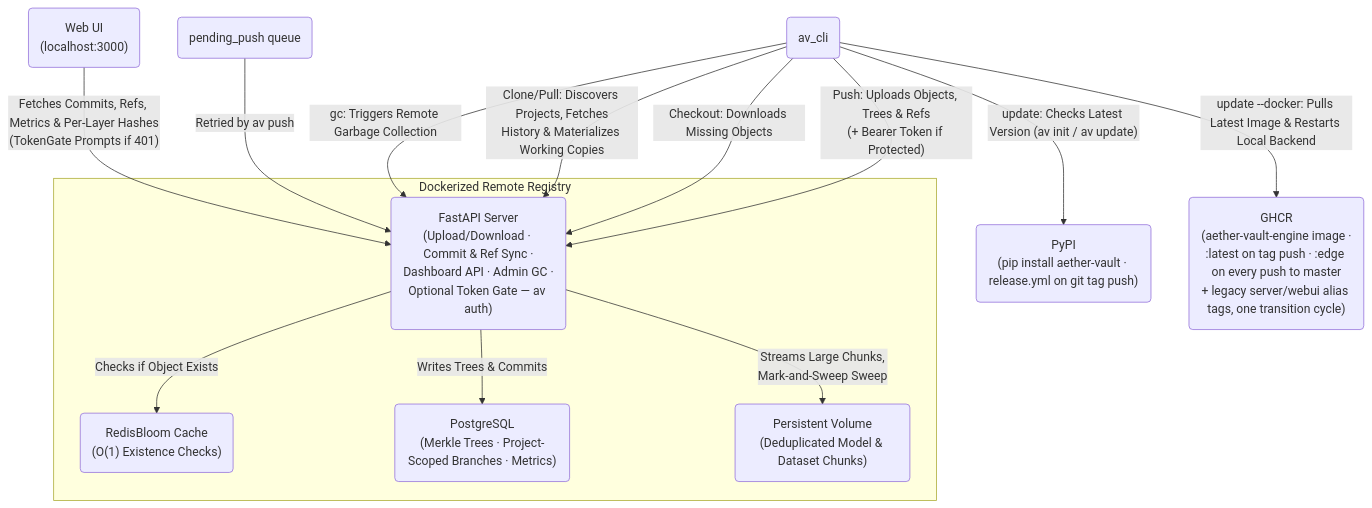
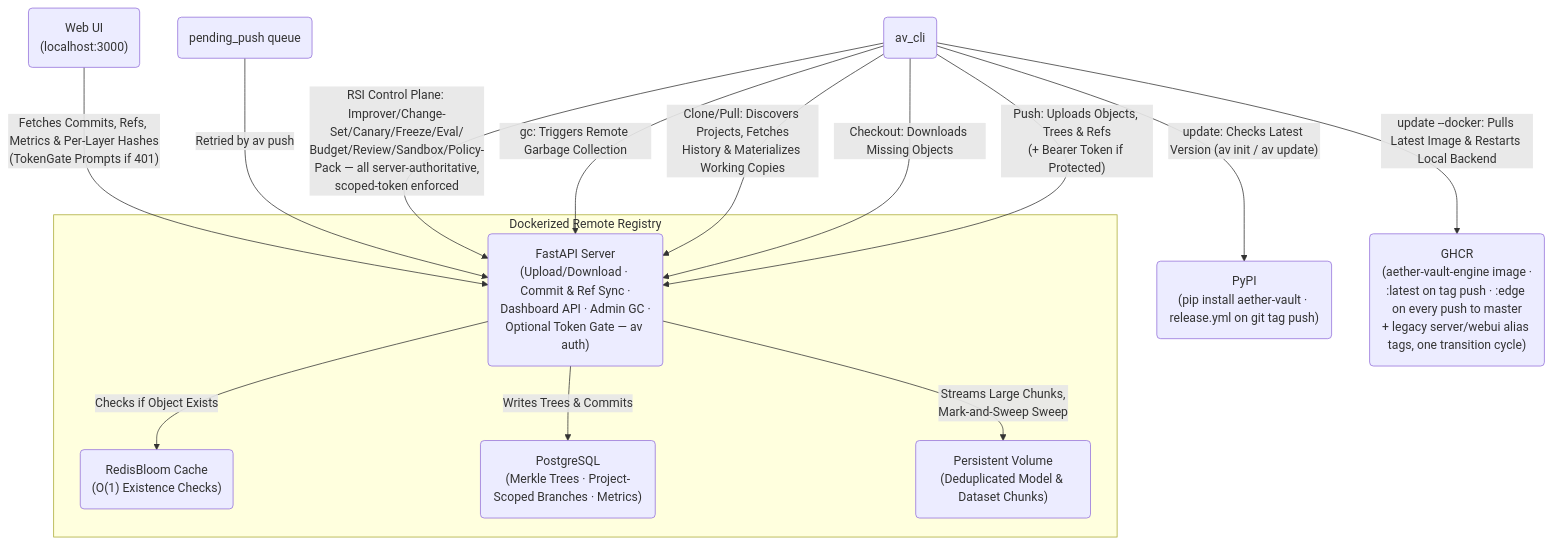
The second of 2 diagrams in README.md (leon1706-lol/Aether-Vault), drawn with Mermaid before and after one commit. The commit also changed other lines of this file and 110 other files, not shown here.

Commit message:
V1.3.1 Rsi coontrole plain, improved versioning, dual gate promotion, sandbox execution, e2e testing

````diff
--- a/README.md
+++ b/README.md
@@ -149,29 +149,30 @@
 ```mermaid
 graph TD
     CLI("av_cli")
     PendingQ("pending_push queue")
     WebUI("Web UI<br>(localhost:3000)")
 
     subgraph Remote [Dockerized Remote Registry]
         FastAPI("FastAPI Server<br>(Upload/Download · Commit & Ref Sync ·<br>Dashboard API · Admin GC ·<br>Optional Token Gate — av auth)")
         Redis("RedisBloom Cache<br>(O(1) Existence Checks)")
         DB("PostgreSQL<br>(Merkle Trees · Project-Scoped Branches · Metrics)")
         Storage("Persistent Volume<br>(Deduplicated Model & Dataset Chunks)")
 
         FastAPI -- "Checks if Object Exists" --> Redis
         FastAPI -- "Writes Trees & Commits" --> DB
         FastAPI -- "Streams Large Chunks,<br>Mark-and-Sweep Sweep" --> Storage
     end
 
     CLI -- "Push: Uploads Objects, Trees & Refs<br>(+ Bearer Token if Protected)" --> FastAPI
     CLI -- "Checkout: Downloads Missing Objects" --> FastAPI
     CLI -- "Clone/Pull: Discovers Projects, Fetches<br>History & Materializes Working Copies" --> FastAPI
     CLI -- "gc: Triggers Remote Garbage Collection" --> FastAPI
+    CLI -- "RSI Control Plane: Improver/Change-Set/Canary/Freeze/Eval/<br>Budget/Review/Sandbox/Policy-Pack — all server-authoritative,<br>scoped-token enforced" --> FastAPI
     PendingQ -- "Retried by av push" --> FastAPI
     WebUI -- "Fetches Commits, Refs, Metrics & Per-Layer Hashes<br>(TokenGate Prompts if 401)" --> FastAPI
 
     PyPI("PyPI<br>(pip install aether-vault · release.yml on git tag push)")
     GHCR("GHCR<br>(aether-vault-engine image ·<br>:latest on tag push · :edge on every push to master<br>+ legacy server/webui alias tags, one transition cycle)")
     CLI -- "update: Checks Latest Version (av init / av update)" --> PyPI
     CLI -- "update --docker: Pulls Latest Image & Restarts Local Backend" --> GHCR
 ```
````
